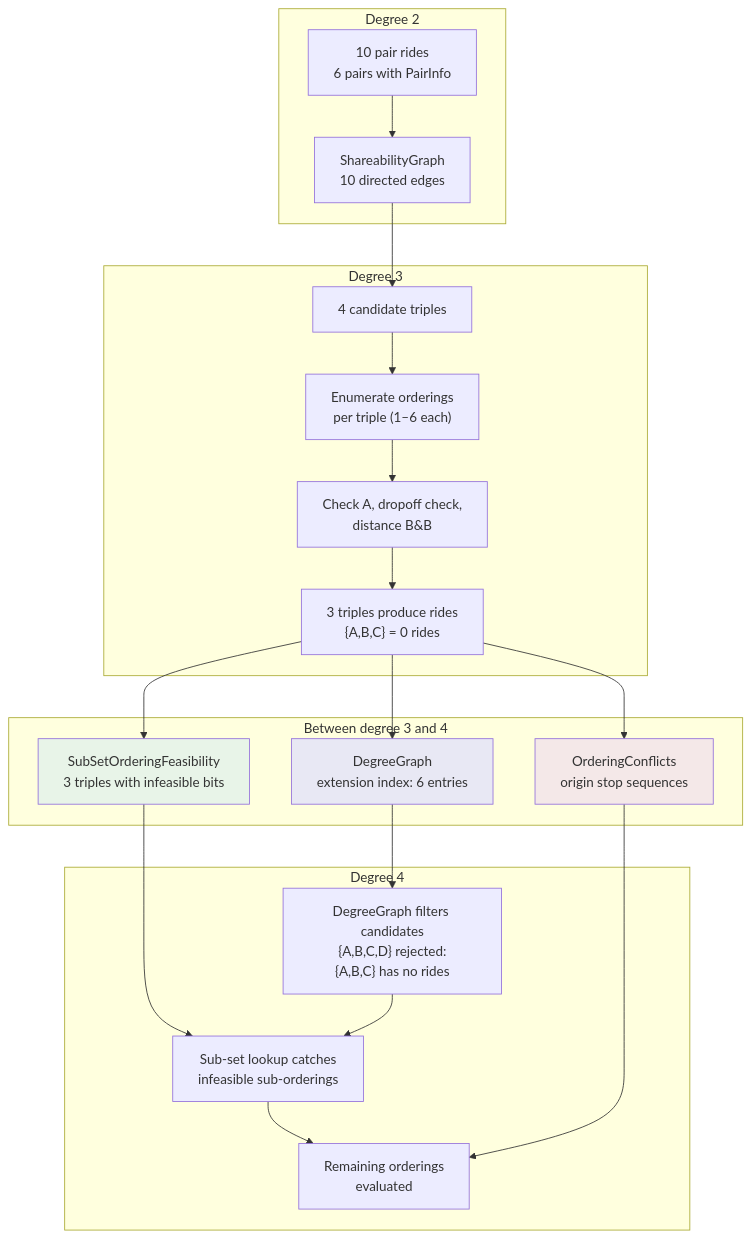
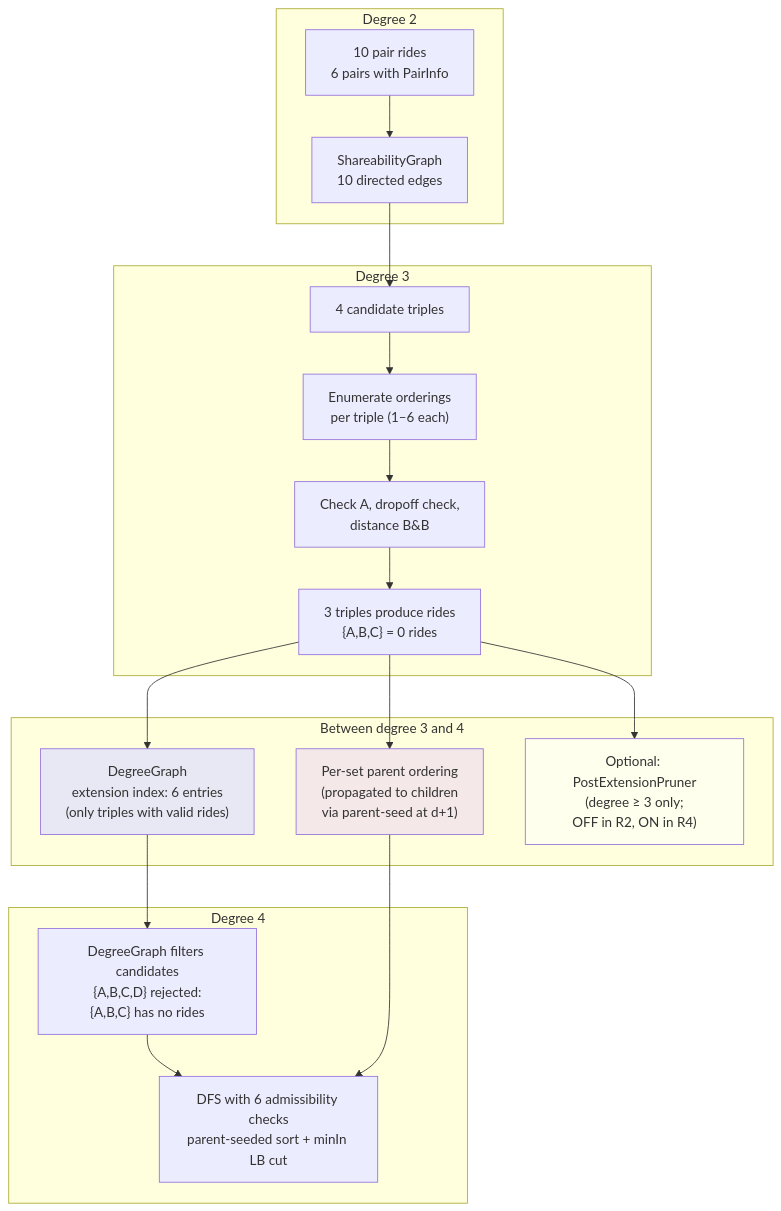
One commit to Chrigarr9/matsim-libs changed diagram 22 of 23 in contribs/drt-demand-extraction/docs/drt-demand-extraction-architecture.md. Above: the diagram before and after it, drawn with Mermaid. The commit also changed other lines of this file, not shown here.

First line of the commit message:
docs: rewrite drt-demand-extraction-architecture.md to current code-truth

````diff
--- a/contribs/drt-demand-extraction/docs/drt-demand-extraction-architecture.md
+++ b/contribs/drt-demand-extraction/docs/drt-demand-extraction-architecture.md
@@ -1279,36 +1131,34 @@
 ```mermaid
 flowchart TD
     subgraph DEG2 ["Degree 2"]
         PAIRS["10 pair rides<br/>6 pairs with PairInfo"]
         SGRAPH["ShareabilityGraph<br/>10 directed edges"]
     end
 
     subgraph DEG3 ["Degree 3"]
         CAND3["4 candidate triples"]
         ENUM3["Enumerate orderings<br/>per triple (1–6 each)"]
         CHECKS3["Check A, dropoff check,<br/>distance B&B"]
         RIDES3["3 triples produce rides<br/>{A,B,C} = 0 rides"]
     end
 
     subgraph BETWEEN3 ["Between degree 3 and 4"]
-        SF3["SubSetOrderingFeasibility<br/>3 triples with infeasible bits"]
-        DG3["DegreeGraph<br/>extension index: 6 entries"]
-        OC3["OrderingConflicts<br/>origin stop sequences"]
+        DG3["DegreeGraph<br/>extension index: 6 entries<br/>(only triples with valid rides)"]
+        PARENT["Per-set parent ordering<br/>(propagated to children<br/>via parent-seed at d+1)"]
+        OPT_PRUNE["Optional: PostExtensionPruner<br/>(degree ≥ 3 only;<br/>OFF in R2, ON in R4)"]
     end
 
     subgraph DEG4 ["Degree 4"]
         CAND4["DegreeGraph filters candidates<br/>{A,B,C,D} rejected:<br/>{A,B,C} has no rides"]
-        LOOKUP4["Sub-set lookup catches<br/>infeasible sub-orderings"]
-        ENUM4["Remaining orderings<br/>evaluated"]
+        ENUM4["DFS with 6 admissibility checks<br/>parent-seeded sort + minIn LB cut"]
     end
 
     PAIRS --> SGRAPH --> CAND3 --> ENUM3 --> CHECKS3 --> RIDES3
-    RIDES3 --> SF3 & DG3 & OC3
-    SF3 --> LOOKUP4
-    DG3 --> CAND4 --> LOOKUP4 --> ENUM4
-    OC3 --> ENUM4
+    RIDES3 --> DG3 & PARENT & OPT_PRUNE
+    DG3 --> CAND4 --> ENUM4
+    PARENT --> ENUM4
 
-    style SF3 fill:#e8f4e8
     style DG3 fill:#e8e8f4
-    style OC3 fill:#f4e8e8
+    style PARENT fill:#f4e8e8
+    style OPT_PRUNE fill:#ffe
 ```
````
